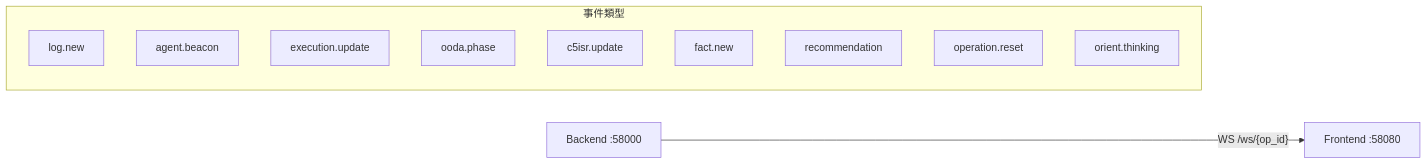
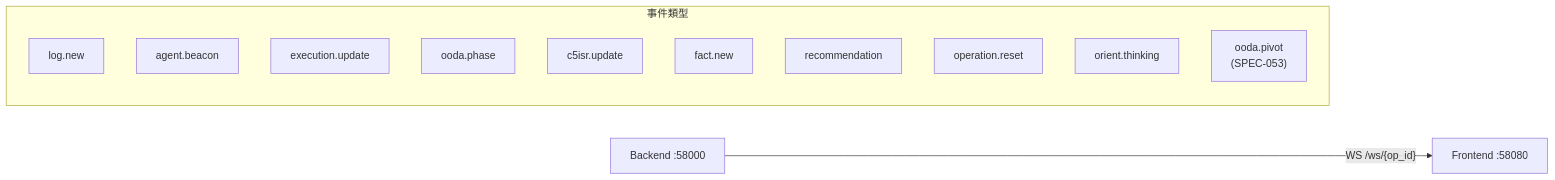
The fourth of 5 diagrams in docs/architecture.md (astroicers/Athena), drawn with Mermaid before and after one commit. The commit also changed other lines of this file and 4 other files, not shown here.

First line of the commit message:
docs(spec053): sync SDS, architecture, ROADMAP, CHANGELOG for SPEC-053

````diff
--- a/docs/architecture.md
+++ b/docs/architecture.md
@@ -195,16 +195,17 @@
 ```mermaid
 graph LR
     BE["Backend :58000"] -->|"WS /ws/{op_id}"| FE["Frontend :58080"]
 
     subgraph Events["事件類型"]
         E1["log.new"]
         E2["agent.beacon"]
         E3["execution.update"]
         E4["ooda.phase"]
         E5["c5isr.update"]
         E6["fact.new"]
         E7["recommendation"]
         E8["operation.reset"]
         E9["orient.thinking"]
+        E10["ooda.pivot<br/>(SPEC-053)"]
     end
 ```
````
